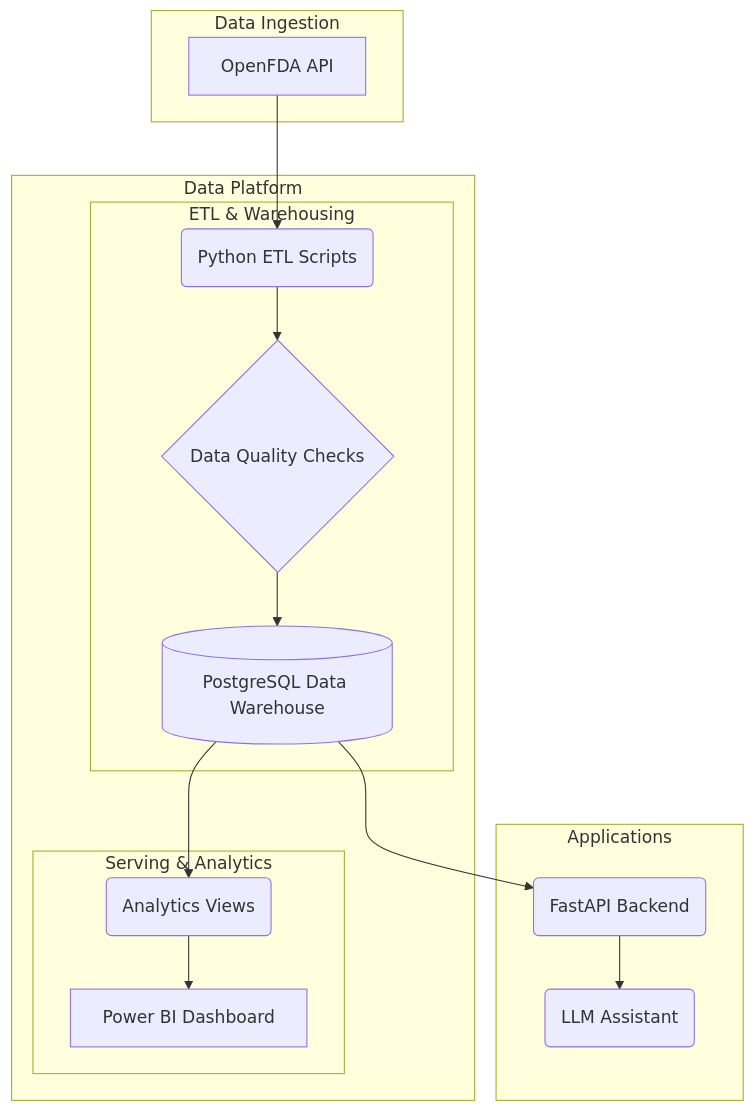
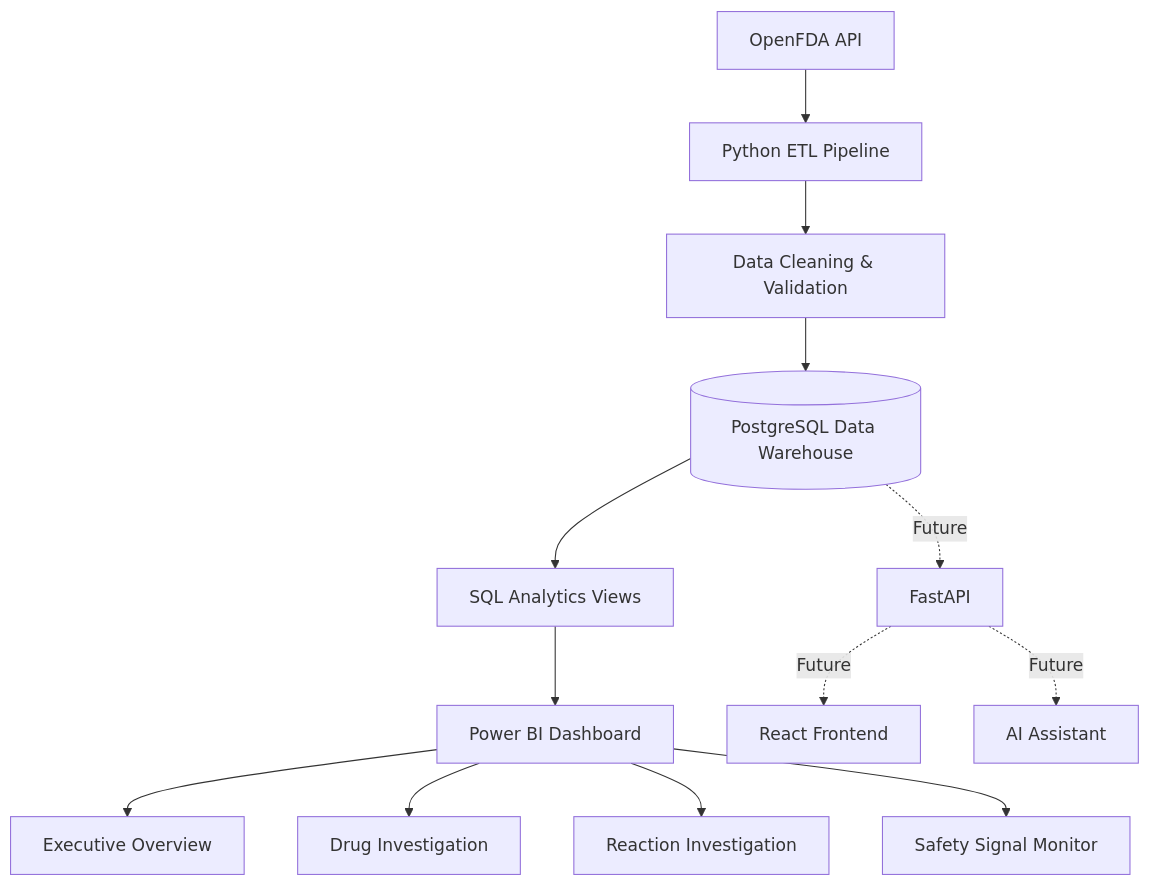
Before and after one commit to AjitMahapatro/LifeSci-Sentinel-Drug-Safety-Analytics-Platform-: the diagram in README.md, drawn with Mermaid. The commit also changed other lines of this file, not shown here.

````diff
--- a/README.md
+++ b/README.md
@@ -9,32 +27,29 @@
 ```mermaid
 graph TD
-    subgraph "Data Ingestion"
-        A[OpenFDA API]
-    end
 
-    subgraph "Data Platform"
-        subgraph "ETL & Warehousing"
-            B(Python ETL Scripts)
-            C{Data Quality Checks}
-            D[(PostgreSQL Data Warehouse)]
-        end
+A[OpenFDA API]
 
-        subgraph "Serving & Analytics"
-            E(Analytics Views)
-            F[Power BI Dashboard]
-        end
-    end
+A --> B[Python ETL Pipeline]
 
-    subgraph "Applications"
-        G(FastAPI Backend)
-        H(LLM Assistant)
-    end
+B --> C[Data Cleaning & Validation]
 
-    A --> B
-    B --> C
-    C --> D
-    D --> E
-    E --> F
-    D --> G
-    G --> H
+C --> D[(PostgreSQL Data Warehouse)]
+
+D --> E[SQL Analytics Views]
+
+E --> F[Power BI Dashboard]
+
+F --> G[Executive Overview]
+
+F --> H[Drug Investigation]
+
+F --> I[Reaction Investigation]
+
+F --> J[Safety Signal Monitor]
+
+D -. Future .-> K[FastAPI]
+
+K -. Future .-> L[React Frontend]
+
+K -. Future .-> M[AI Assistant]
 ```
````
